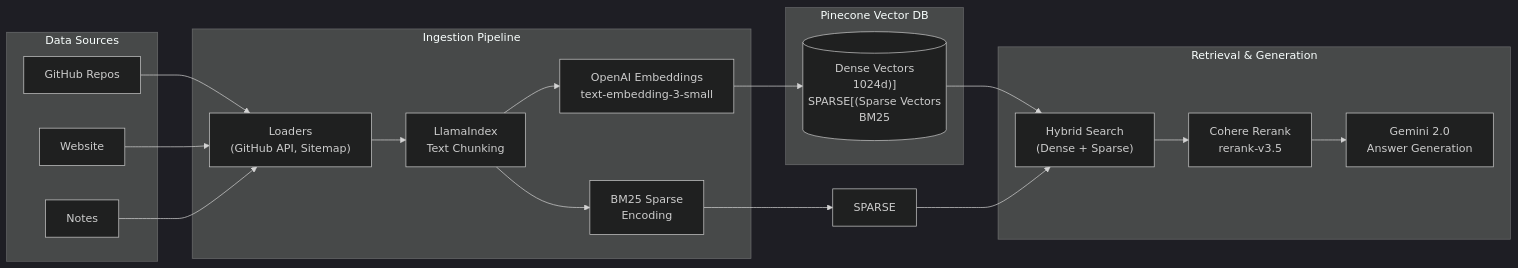
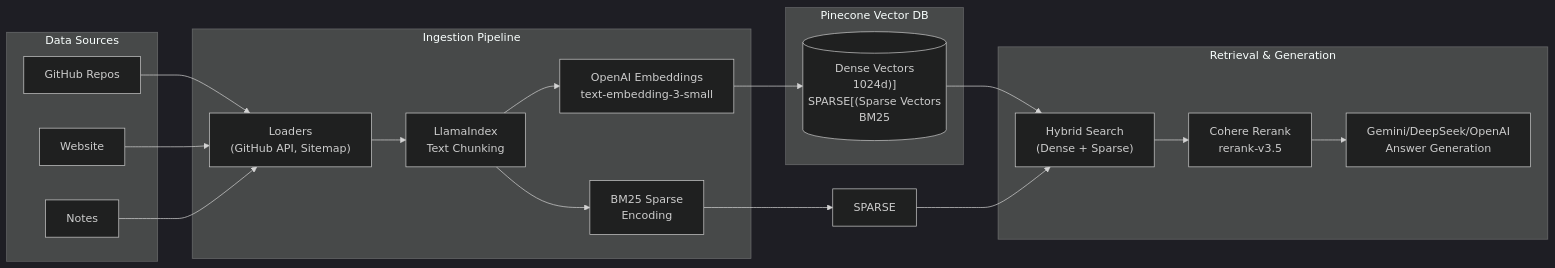
The diagram in README.md (roger-twan/rag-server), drawn with Mermaid (dark theme) before and after one commit. The commit also changed other lines of this file, not shown here.

````diff
--- a/README.md
+++ b/README.md
@@ -15,43 +15,43 @@
 ```mermaid
 flowchart LR
     subgraph Sources["Data Sources"]
         GH["GitHub Repos"]
         WEB["Website"]
         NOTES["Notes"]
     end
 
     subgraph Pipeline["Ingestion Pipeline"]
         LOADERS["Loaders<br/>(GitHub API, Sitemap)"]
         CHUNK["LlamaIndex<br/>Text Chunking"]
         EMBED["OpenAI Embeddings<br/>text-embedding-3-small"]
         BM25["BM25 Sparse<br/>Encoding"]
     end
 
     subgraph VectorDB["Pinecone Vector DB"]
         DENSE[("Dense Vectors<br/>1024d)]
         SPARSE[("Sparse Vectors<br/>BM25)]
     end
 
     subgraph Retrieval["Retrieval & Generation"]
         HYBRID["Hybrid Search<br/>(Dense + Sparse)"]
         RERANK["Cohere Rerank<br/>rerank-v3.5"]
-        GEMINI["Gemini 2.0<br/>Answer Generation"]
+        ANSWER["Gemini/DeepSeek/OpenAI<br/>Answer Generation"]
     end
 
     GH --> LOADERS
     WEB --> LOADERS
     NOTES --> LOADERS
     
     LOADERS --> CHUNK
     CHUNK --> EMBED
     CHUNK --> BM25
     
     EMBED --> DENSE
     BM25 --> SPARSE
     
     DENSE --> HYBRID
     SPARSE --> HYBRID
     
     HYBRID --> RERANK
-    RERANK --> GEMINI
+    RERANK --> ANSWER
 ```
````
